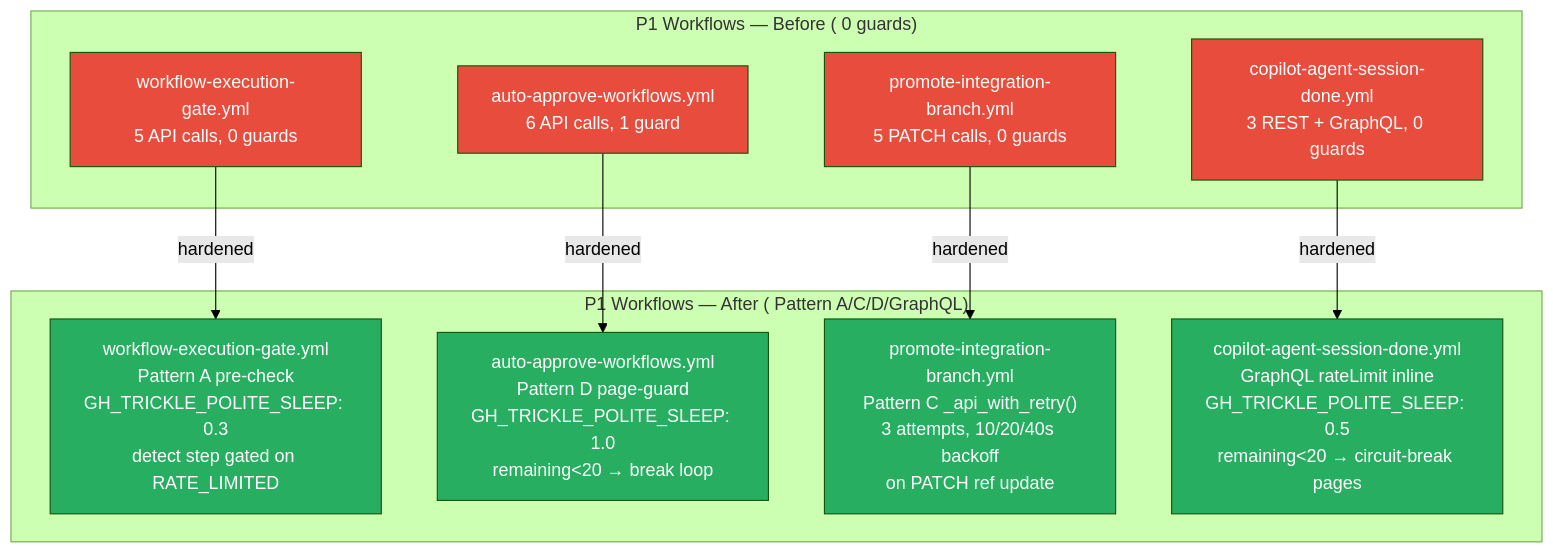
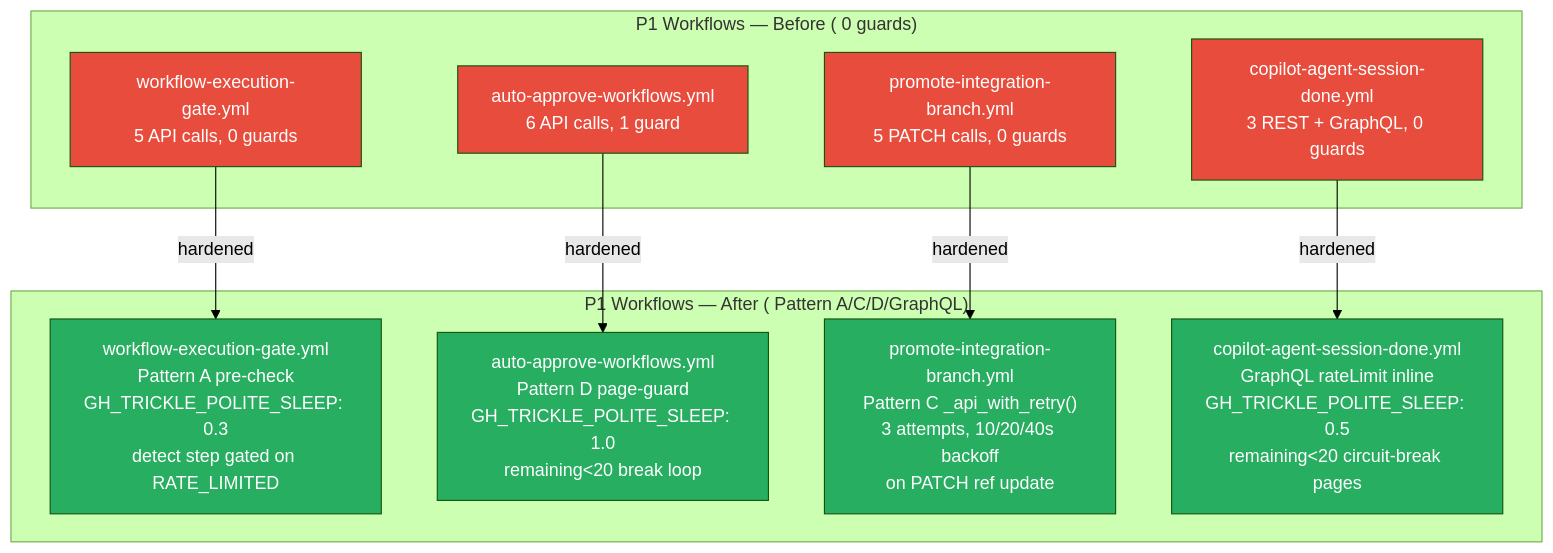
Before and after one commit to Aries-Serpent/_codex_: diagram 19 of 26 in docs/sessions/PR4346_session_diagram.md, drawn with Mermaid (forest theme). The commit also changed other lines of this file and 4117 other files, not shown here.

````diff
--- a/docs/sessions/PR4346_session_diagram.md
+++ b/docs/sessions/PR4346_session_diagram.md
@@ -513,31 +566,35 @@
 ```mermaid
 %%{init: {'accessibility': {'title': 'Flowchart showing "workflow-execution-gate.yml\n5 API calls, 0 guards", "auto-approve-workflows.yml\n6 API calls, 1 guard"'}}%%
+
 flowchart TD
-    subgraph "P1 Workflows — Before ( 0 guards)"
-        A1["workflow-execution-gate.yml\n5 API calls, 0 guards"]
-        A2["auto-approve-workflows.yml\n6 API calls, 1 guard"]
-        A3["promote-integration-branch.yml\n5 PATCH calls, 0 guards"]
-        A4["copilot-agent-session-done.yml\n3 REST + GraphQL, 0 guards"]
-    end
+ subgraph "P1 Workflows — Before ( 0 guards)"
+ A1["workflow-execution-gate.yml\n5 API calls, 0 guards"]
+ A2["auto-approve-workflows.yml\n6 API calls, 1 guard"]
+ A3["promote-integration-branch.yml\n5 PATCH calls, 0 guards"]
+ A4["copilot-agent-session-done.yml\n3 REST + GraphQL, 0 guards"]
+ end
 
-    subgraph "P1 Workflows — After ( Pattern A/C/D/GraphQL)"
-        B1["workflow-execution-gate.yml\nPattern A pre-check\nGH_TRICKLE_POLITE_SLEEP: 0.3\ndetect step gated on RATE_LIMITED"]
-        B2["auto-approve-workflows.yml\nPattern D page-guard\nGH_TRICKLE_POLITE_SLEEP: 1.0\nremaining<20 → break loop"]
-        B3["promote-integration-branch.yml\nPattern C _api_with_retry()\n3 attempts, 10/20/40s backoff\non PATCH ref update"]
-        B4["copilot-agent-session-done.yml\nGraphQL rateLimit inline\nGH_TRICKLE_POLITE_SLEEP: 0.5\nremaining<20 → circuit-break pages"]
-    end
+ subgraph "P1 Workflows — After ( Pattern A/C/D/GraphQL)"
+ B1["workflow-execution-gate.yml\nPattern A pre-check\nGH_TRICKLE_POLITE_SLEEP: 0.3\ndetect step gated on RATE_LIMITED"]
+ B2["auto-approve-workflows.yml\nPattern D page-guard\nGH_TRICKLE_POLITE_SLEEP: 1.0\nremaining<20 break loop"]
+ B3["promote-integration-branch.yml\nPattern C _api_with_retry()\n3 attempts, 10/20/40s backoff\non PATCH ref update"]
+ B4["copilot-agent-session-done.yml\nGraphQL rateLimit inline\nGH_TRICKLE_POLITE_SLEEP: 0.5\nremaining<20 circuit-break pages"]
+ end
 
-    A1 -->|hardened| B1
-    A2 -->|hardened| B2
-    A3 -->|hardened| B3
-    A4 -->|hardened| B4
+ A1 -->|hardened| B1
 
-    style A1 fill:#e74c3c,color:#fff
-    style A2 fill:#e74c3c,color:#fff
-    style A3 fill:#e74c3c,color:#fff
-    style A4 fill:#e74c3c,color:#fff
-    style B1 fill:#27ae60,color:#fff
-    style B2 fill:#27ae60,color:#fff
-    style B3 fill:#27ae60,color:#fff
-    style B4 fill:#27ae60,color:#fff
+ A2 -->|hardened| B2
+
+ A3 -->|hardened| B3
+
+ A4 -->|hardened| B4
+
+ style A1 fill:#e74c3c,color:#fff
+ style A2 fill:#e74c3c,color:#fff
+ style A3 fill:#e74c3c,color:#fff
+ style A4 fill:#e74c3c,color:#fff
+ style B1 fill:#27ae60,color:#fff
+ style B2 fill:#27ae60,color:#fff
+ style B3 fill:#27ae60,color:#fff
+ style B4 fill:#27ae60,color:#fff
 ```
````
